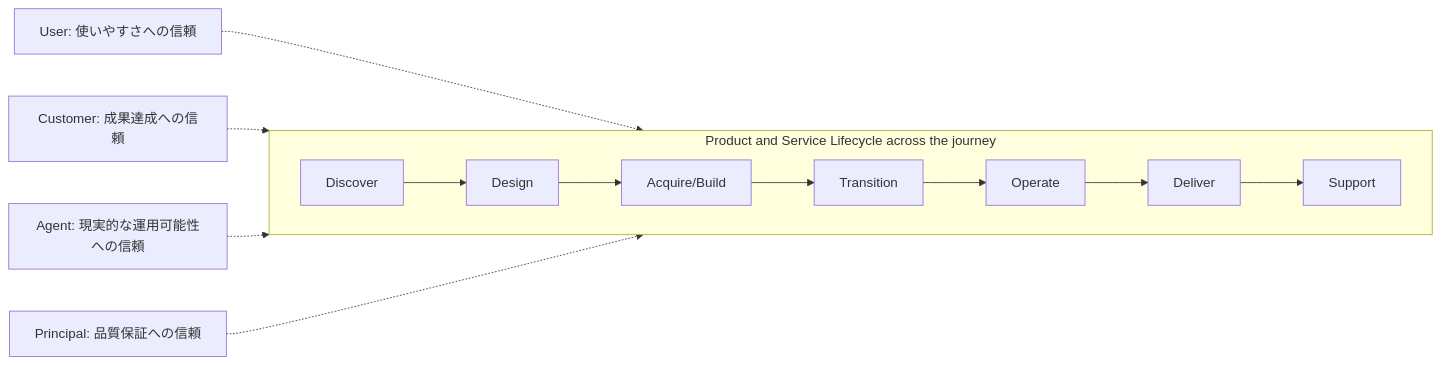
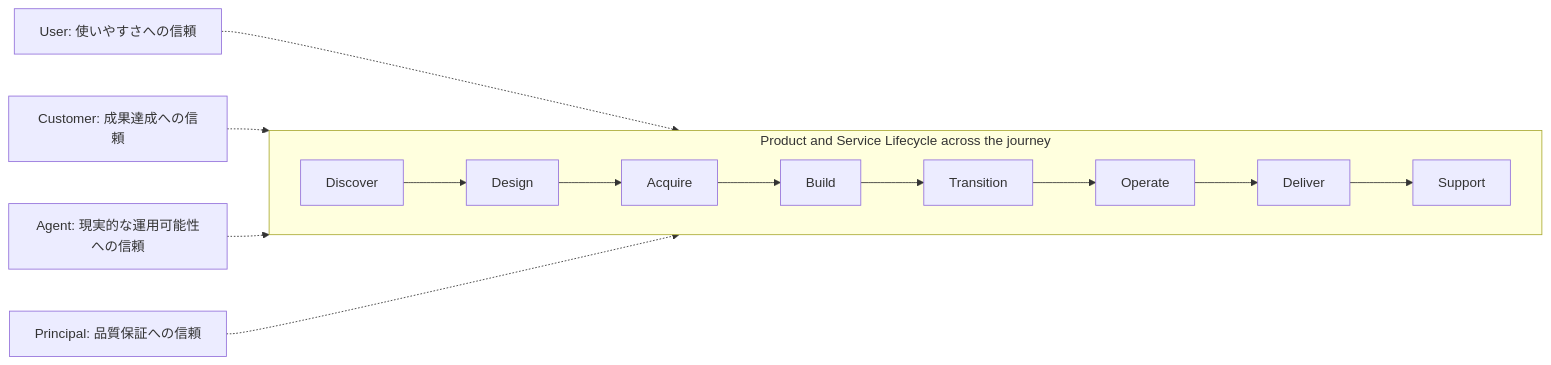
Before and after one commit to myoshi2891/Management-Team-Building-Studies: the fourth of 8 diagrams in Itil-experience-version-5-study-guide.md, drawn with Mermaid. The commit also changed other lines of this file and 1 other file, not shown here.

Commit message:
docs(itil): update lifecycle diagram in experience guide and passing score in product guide

````diff
--- a/Itil-experience-version-5-study-guide.md
+++ b/Itil-experience-version-5-study-guide.md
@@ -303,11 +303,11 @@
 ```mermaid
 flowchart LR
     subgraph Journey["Product and Service Lifecycle across the journey"]
         direction LR
-        S1["Discover"] --> S2["Design"] --> S3["Acquire/Build"] --> S4["Transition"] --> S5["Operate"] --> S6["Deliver"] --> S7["Support"]
+        S1["Discover"] --> S2["Design"] --> S3["Acquire"] --> S4["Build"] --> S5["Transition"] --> S6["Operate"] --> S7["Deliver"] --> S8["Support"]
     end
-    U["User: 使いやすさへの信頼"] -.-> S5
-    CU["Customer: 成果達成への信頼"] -.-> S6
-    AG["Agent: 現実的な運用可能性への信頼"] -.-> S5
-    PR["Principal: 品質保証への信頼"] -.-> S7
+    U["User: 使いやすさへの信頼"] -.-> S6
+    CU["Customer: 成果達成への信頼"] -.-> S7
+    AG["Agent: 現実的な運用可能性への信頼"] -.-> S6
+    PR["Principal: 品質保証への信頼"] -.-> S8
 ```
````
